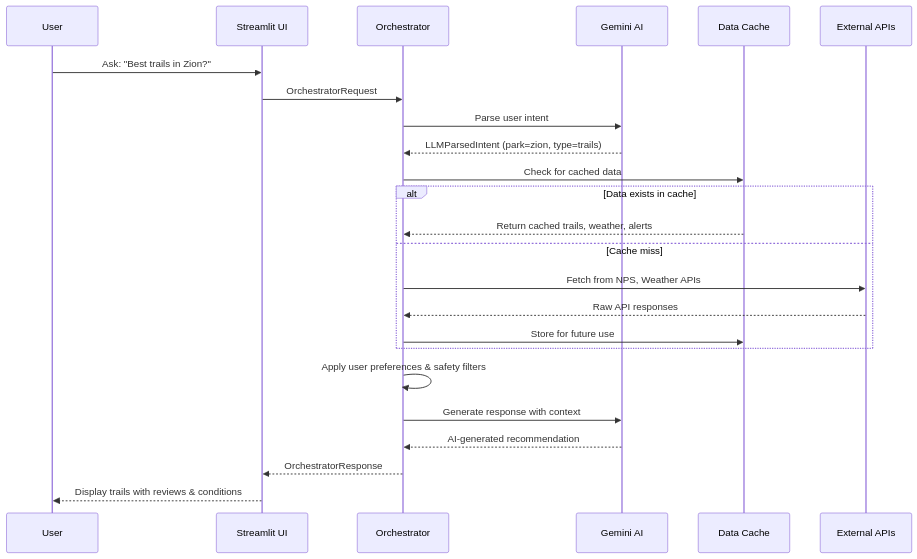
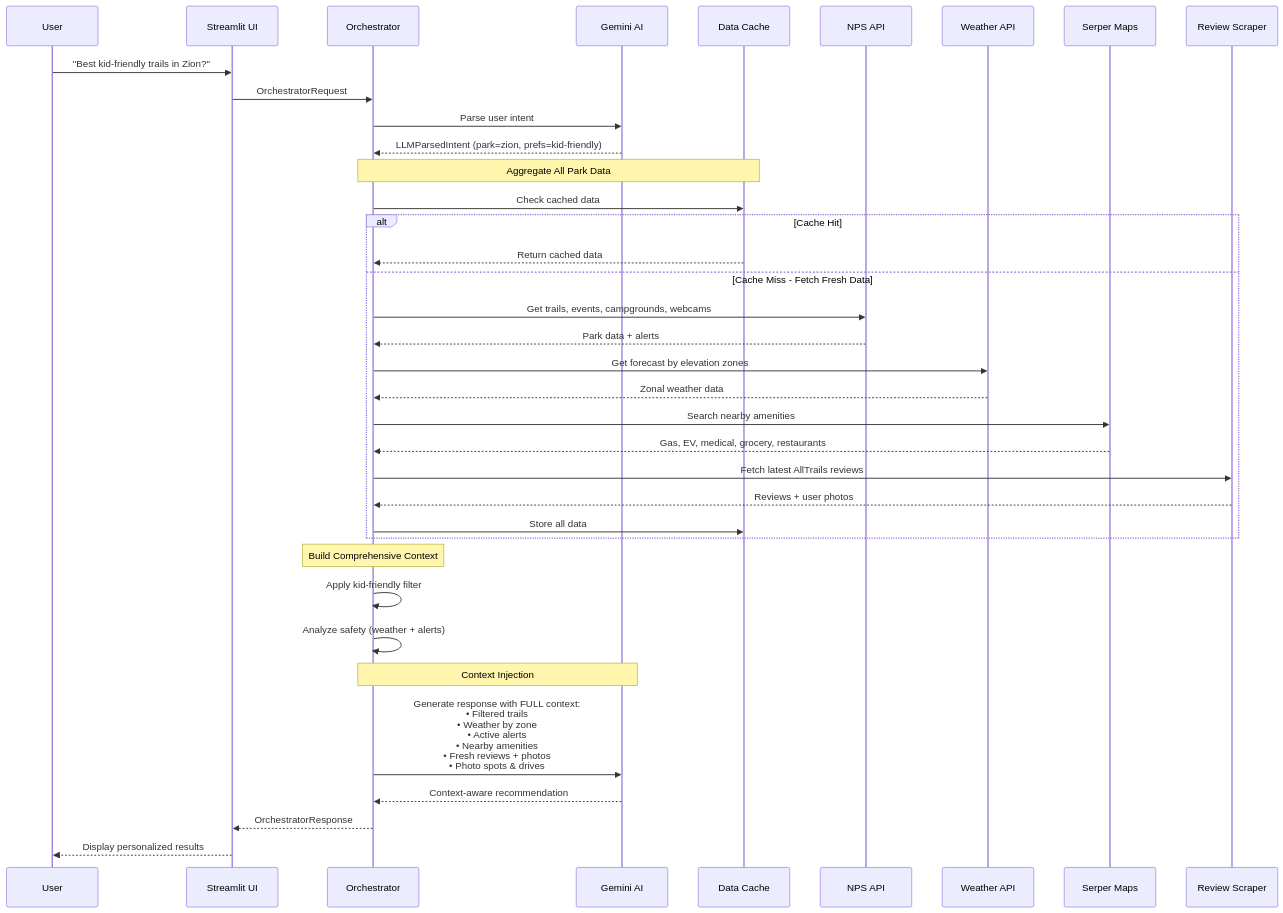
Before and after one commit to mohitagr18/outdoor_concierge: the fourth of 6 diagrams in notes/architecture_diagrams.md, drawn with Mermaid. The commit also changed other lines of this file, not shown here.

Commit message:
updared architecture

````diff
--- a/notes/architecture_diagrams.md
+++ b/notes/architecture_diagrams.md
@@ -290,32 +352,49 @@
 ```mermaid
 sequenceDiagram
     participant User
     participant UI as Streamlit UI
     participant Orch as Orchestrator
     participant LLM as Gemini AI
     participant Cache as Data Cache
-    participant APIs as External APIs
+    participant NPS as NPS API
+    participant Weather as Weather API
+    participant Serper as Serper Maps
+    participant Scraper as Review Scraper
     
-    User->>UI: Ask: "Best trails in Zion?"
+    User->>UI: "Best kid-friendly trails in Zion?"
     UI->>Orch: OrchestratorRequest
     
     Orch->>LLM: Parse user intent
-    LLM-->>Orch: LLMParsedIntent (park=zion, type=trails)
+    LLM-->>Orch: LLMParsedIntent (park=zion, prefs=kid-friendly)
     
-    Orch->>Cache: Check for cached data
+    Note over Orch,Cache: Aggregate All Park Data
     
-    alt Data exists in cache
-        Cache-->>Orch: Return cached trails, weather, alerts
-    else Cache miss
-        Orch->>APIs: Fetch from NPS, Weather APIs
-        APIs-->>Orch: Raw API responses
-        Orch->>Cache: Store for future use
+    Orch->>Cache: Check cached data
+    
+    alt Cache Hit
+        Cache-->>Orch: Return cached data
+    else Cache Miss - Fetch Fresh Data
+        Orch->>NPS: Get trails, events, campgrounds, webcams
+        NPS-->>Orch: Park data + alerts
+        Orch->>Weather: Get forecast by elevation zones
+        Weather-->>Orch: Zonal weather data
+        Orch->>Serper: Search nearby amenities
+        Serper-->>Orch: Gas, EV, medical, grocery, restaurants
+        Orch->>Scraper: Fetch latest AllTrails reviews
+        Scraper-->>Orch: Reviews + user photos
+        Orch->>Cache: Store all data
     end
     
-    Orch->>Orch: Apply user preferences & safety filters
-    Orch->>LLM: Generate response with context
-    LLM-->>Orch: AI-generated recommendation
+    Note over Orch: Build Comprehensive Context
+    
+    Orch->>Orch: Apply kid-friendly filter
+    Orch->>Orch: Analyze safety (weather + alerts)
+    
+    Note over Orch,LLM: Context Injection
+    Orch->>LLM: Generate response with FULL context:<br/>• Filtered trails<br/>• Weather by zone<br/>• Active alerts<br/>• Nearby amenities<br/>• Fresh reviews + photos<br/>• Photo spots & drives
+    
+    LLM-->>Orch: Context-aware recommendation
     
     Orch-->>UI: OrchestratorResponse
-    UI-->>User: Display trails with reviews & conditions
+    UI-->>User: Display personalized results
 ```
````
